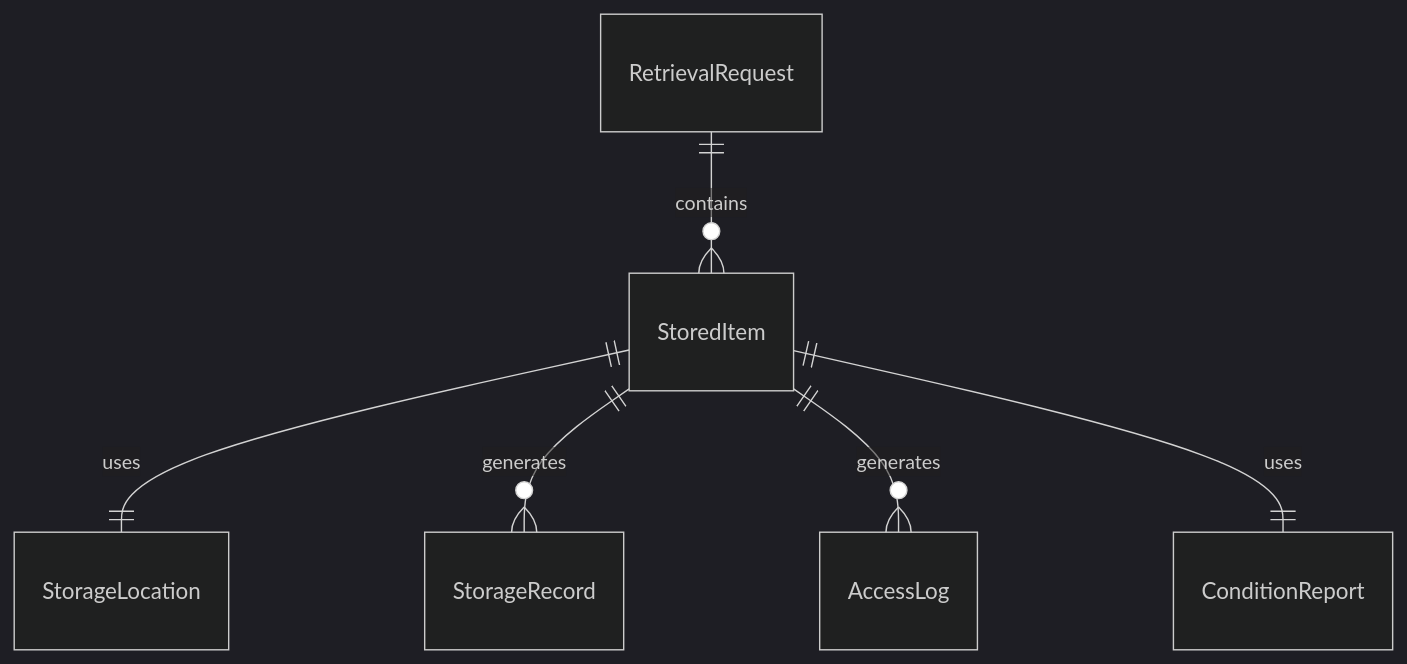
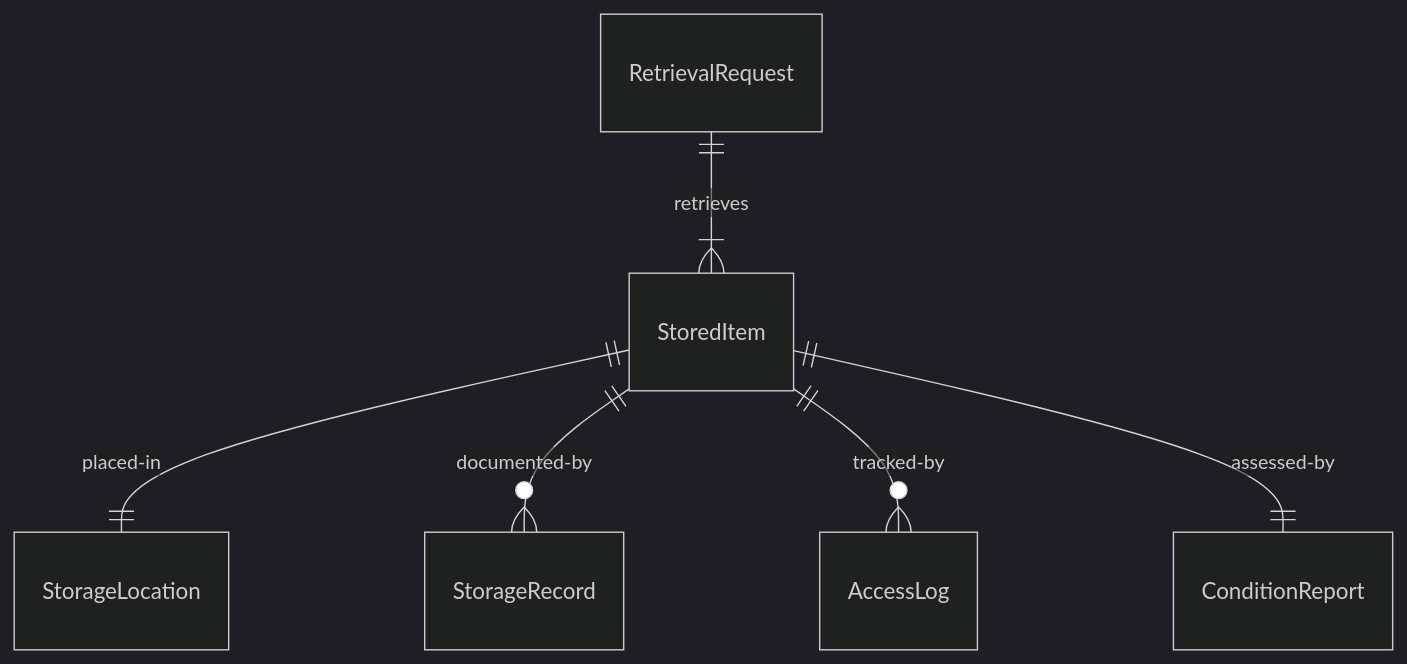
One commit to dot-org-ai/tasks.org.ai changed the first of 4 diagrams in HandlingAndMovingObjects/StockSuppliesOrProducts/StoreItems.mdx. Above: the diagram before and after it, drawn with Mermaid (dark theme). The commit also changed other lines of this file and 515 other files, not shown here.

````diff
--- a/HandlingAndMovingObjects/StockSuppliesOrProducts/StoreItems.mdx
+++ b/HandlingAndMovingObjects/StockSuppliesOrProducts/StoreItems.mdx
@@ -88,8 +88,8 @@
 ```mermaid
 erDiagram
-    StoredItem ||--|| StorageLocation : "uses"
-    StoredItem ||--o{ StorageRecord : "generates"
-    StoredItem ||--o{ AccessLog : "generates"
-    StoredItem ||--|| ConditionReport : "uses"
-    RetrievalRequest ||--o{ StoredItem : "contains"
+    StoredItem ||--|| StorageLocation : "placed-in"
+    StoredItem ||--o{ StorageRecord : "documented-by"
+    StoredItem ||--o{ AccessLog : "tracked-by"
+    StoredItem ||--|| ConditionReport : "assessed-by"
+    RetrievalRequest ||--|{ StoredItem : "retrieves"
 ```
````
